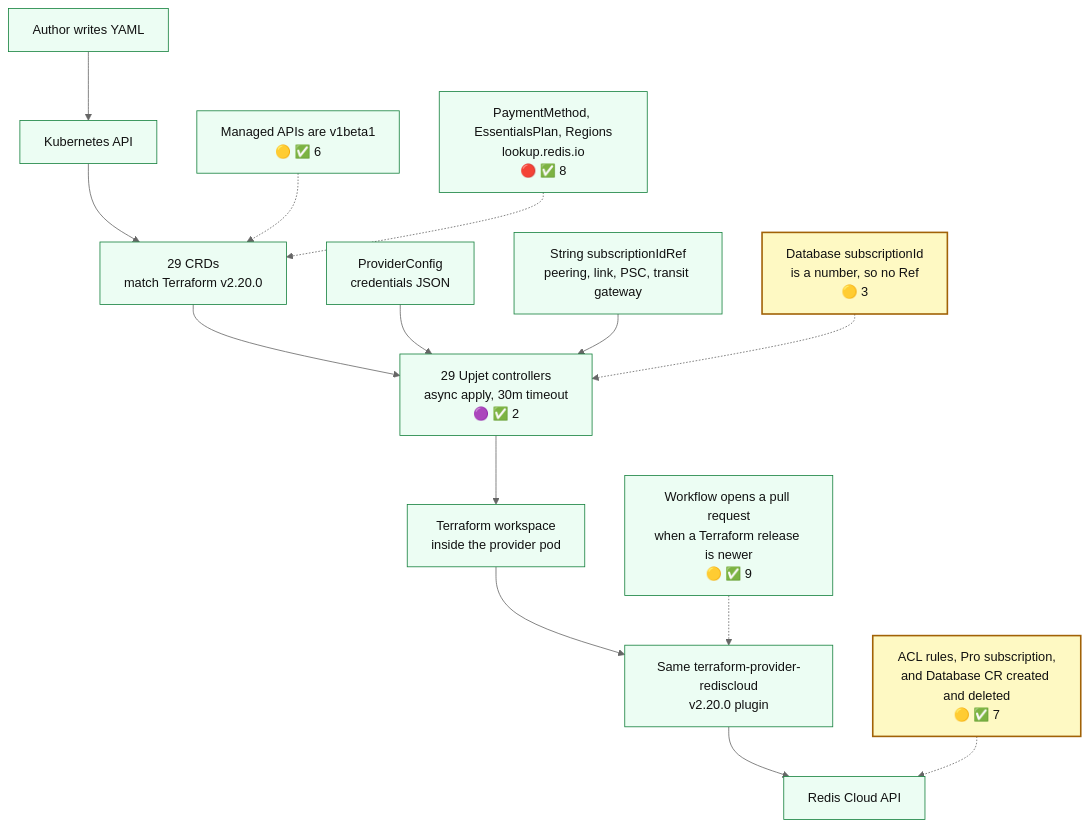
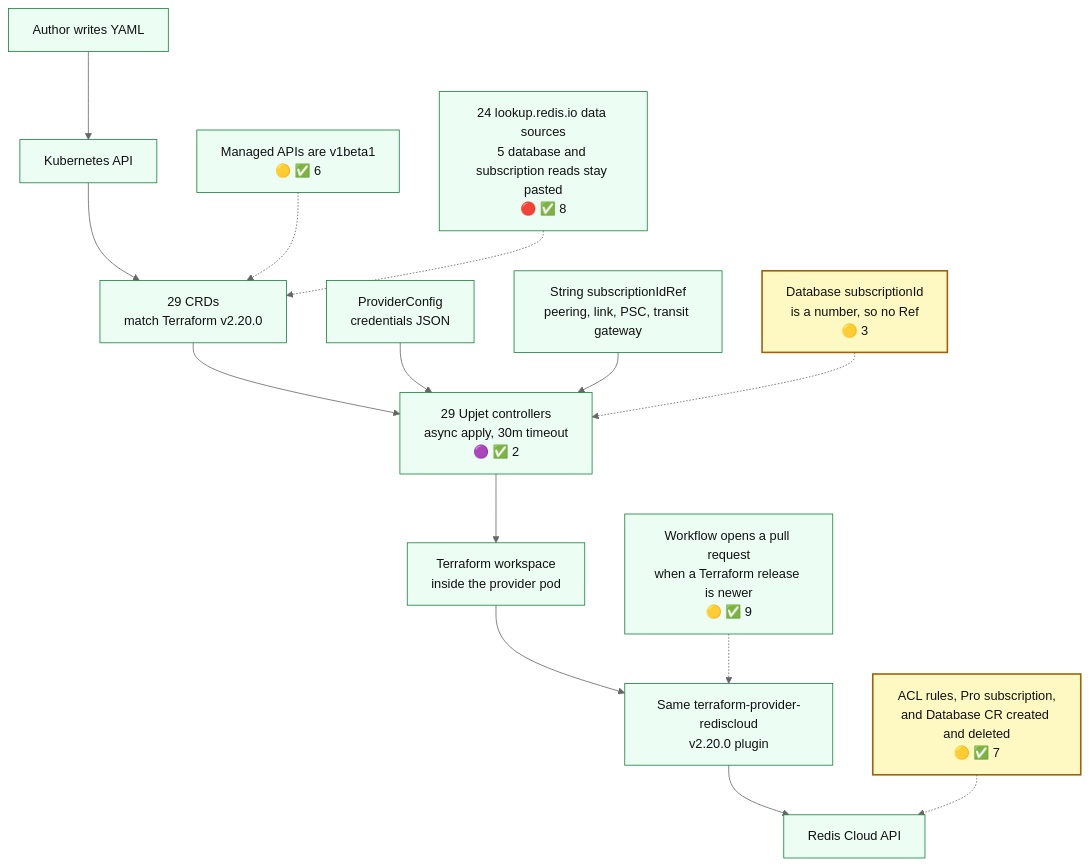
Before and after one commit to RedisLabs/crossplane-provider-rediscloud: the second of 2 diagrams in docs/terraform-alignment.md, drawn with Mermaid (neutral theme). The commit also changed other lines of this file and 65 other files, not shown here.

First line of the commit message:
Add lookups for Terraform data sources that are a single list or get. (#35)

````diff
--- a/docs/terraform-alignment.md
+++ b/docs/terraform-alignment.md
@@ -74,34 +74,34 @@
 ```mermaid
 flowchart TB
   classDef present fill:#ecfdf3,stroke:#15803d,color:#111
   classDef high fill:#fee2e2,stroke:#b91c1c,stroke-width:2px,color:#111
   classDef medium fill:#fef9c3,stroke:#a16207,stroke-width:2px,color:#111
 
   author["Author writes YAML"]
   k8s["Kubernetes API"]
   crd["29 CRDs\nmatch Terraform v2.20.0"]
   beta["Managed APIs are v1beta1\n🟡 ✅ 6"]
   pc["ProviderConfig\ncredentials JSON"]
   refs["String subscriptionIdRef\npeering, link, PSC, transit gateway"]
   dbref["Database subscriptionId\nis a number, so no Ref\n🟡 3"]
-  lookup["PaymentMethod, EssentialsPlan, Regions\nlookup.redis.io\n🔴 ✅ 8"]
+  lookup["24 lookup.redis.io data sources\n5 database and subscription reads stay pasted\n🔴 ✅ 8"]
   ctrl["29 Upjet controllers\nasync apply, 30m timeout\n🟣 ✅ 2"]
   ws["Terraform workspace\ninside the provider pod"]
   plugin["Same terraform-provider-rediscloud\nv2.20.0 plugin"]
   cloud["Redis Cloud API"]
   proof["ACL rules, Pro subscription,\nand Database CR created and deleted\n🟡 ✅ 7"]
   track["Workflow opens a pull request\nwhen a Terraform release is newer\n🟡 ✅ 9"]
 
   author --> k8s --> crd --> ctrl
   beta -.-> crd
   pc --> ctrl
   refs --> ctrl
   dbref -.-> ctrl
   lookup -.-> crd
   ctrl --> ws --> plugin --> cloud
   proof -.-> cloud
   track -.-> plugin
 
   class author,k8s,crd,pc,refs,ctrl,ws,plugin,cloud,lookup,track,beta present
   class dbref,proof medium
 ```
````
